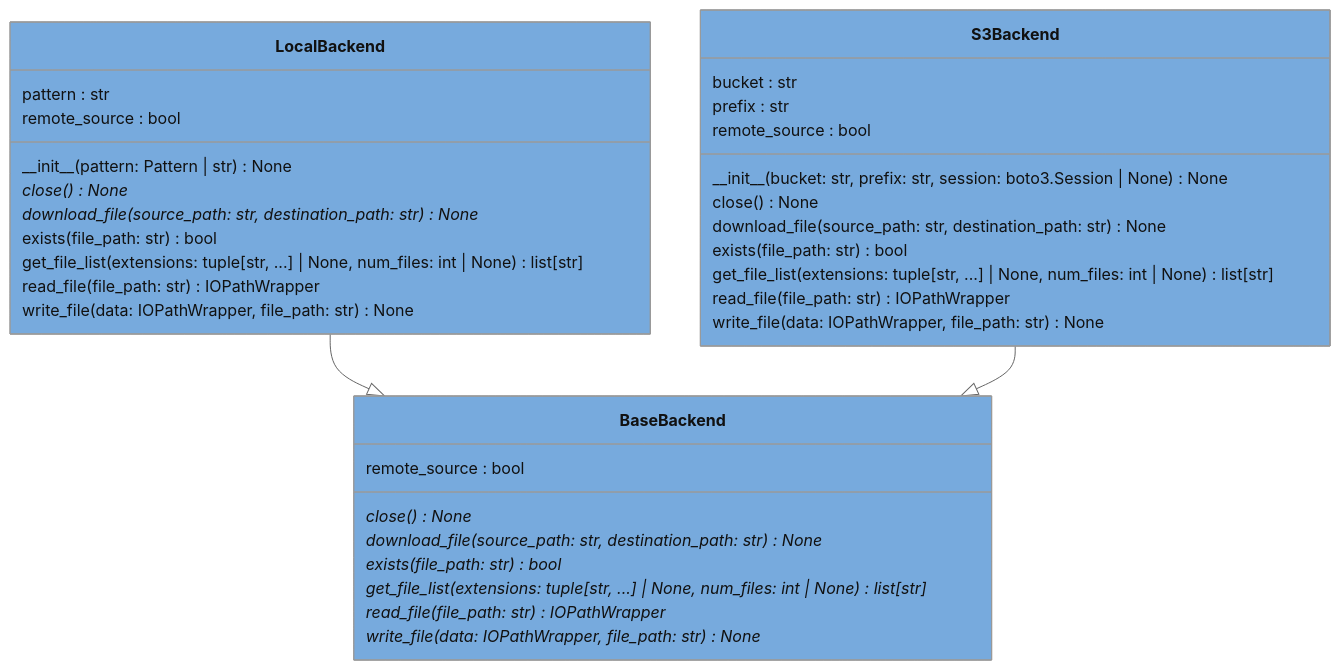
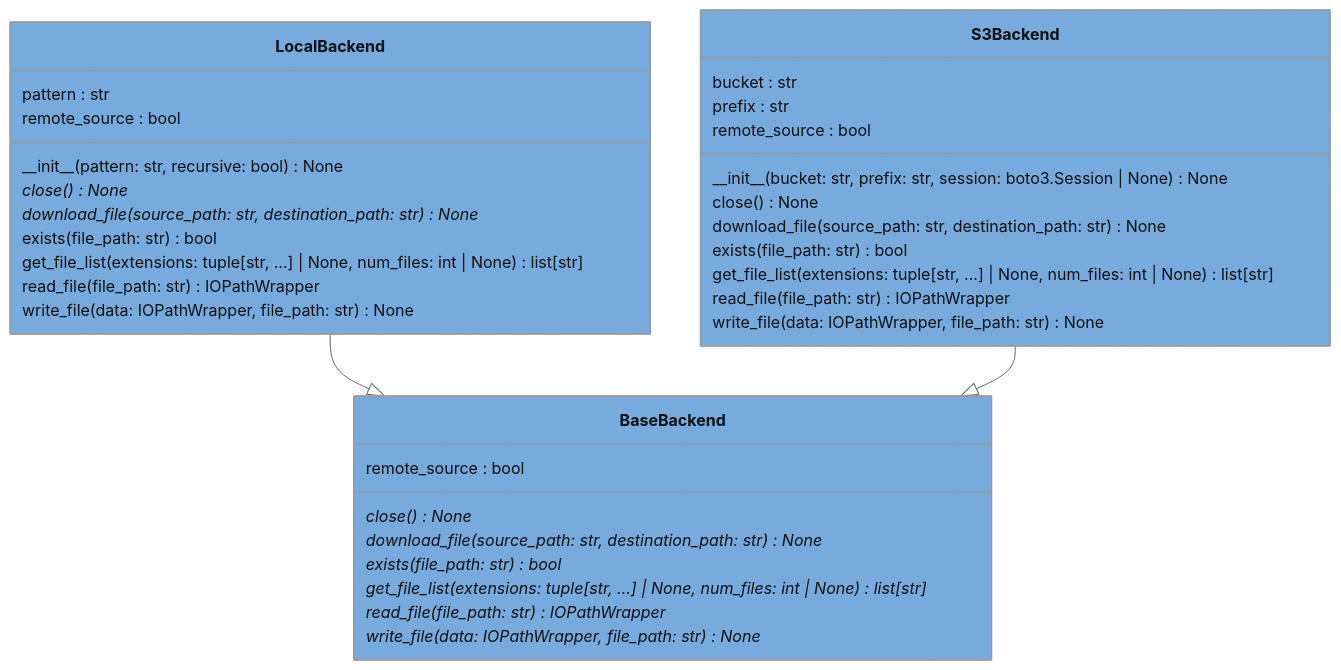
Before and after one commit to voidsy-gmbh/pyThermoNDT: the diagram in docs/pyreverse/mermaid/classes_pythermondt.io.backends.mmd, drawn with Mermaid (neutral theme). The commit also changed 18 other files, not shown here.

```diff
--- a/docs/pyreverse/mermaid/classes_pythermondt.io.backends.mmd
+++ b/docs/pyreverse/mermaid/classes_pythermondt.io.backends.mmd
@@ -1,38 +1,38 @@
 classDiagram
   class BaseBackend {
     remote_source : bool
     close()* None
     download_file(source_path: str, destination_path: str)* None
     exists(file_path: str)* bool
     get_file_list(extensions: tuple[str, ...] | None, num_files: int | None)* list[str]
     read_file(file_path: str)* IOPathWrapper
     write_file(data: IOPathWrapper, file_path: str)* None
   }
   style BaseBackend fill:#77AADD
   class LocalBackend {
     pattern : str
     remote_source : bool
-    \_\_init\_\_(pattern: Pattern | str) None
+    \_\_init\_\_(pattern: str, recursive: bool) None
     close()* None
     download_file(source_path: str, destination_path: str)* None
     exists(file_path: str) bool
     get_file_list(extensions: tuple[str, ...] | None, num_files: int | None) list[str]
     read_file(file_path: str) IOPathWrapper
     write_file(data: IOPathWrapper, file_path: str) None
   }
   style LocalBackend fill:#77AADD
   class S3Backend {
     bucket : str
     prefix : str
     remote_source : bool
     \_\_init\_\_(bucket: str, prefix: str, session: boto3.Session | None) None
     close() None
     download_file(source_path: str, destination_path: str) None
     exists(file_path: str) bool
     get_file_list(extensions: tuple[str, ...] | None, num_files: int | None) list[str]
     read_file(file_path: str) IOPathWrapper
     write_file(data: IOPathWrapper, file_path: str) None
   }
   style S3Backend fill:#77AADD
   LocalBackend --|> BaseBackend
   S3Backend --|> BaseBackend
```
